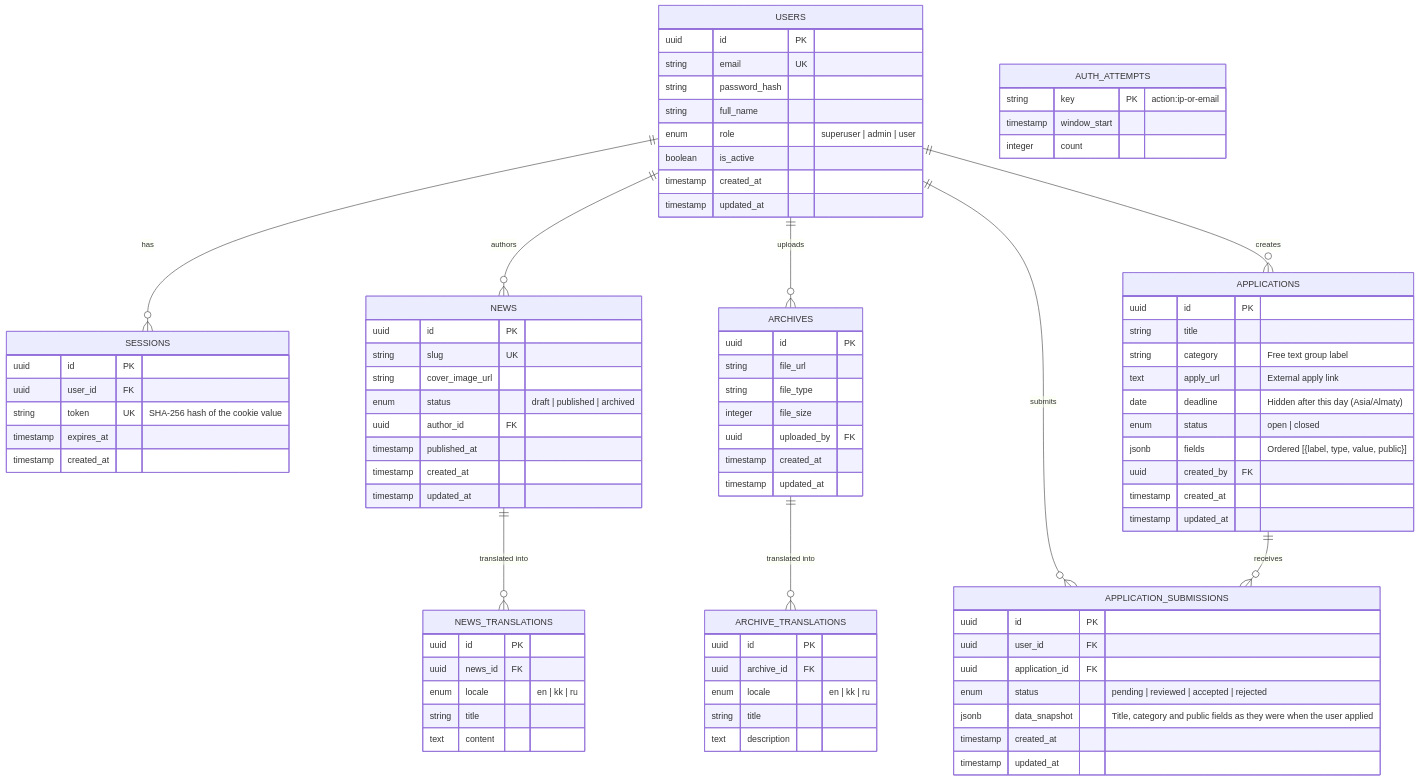
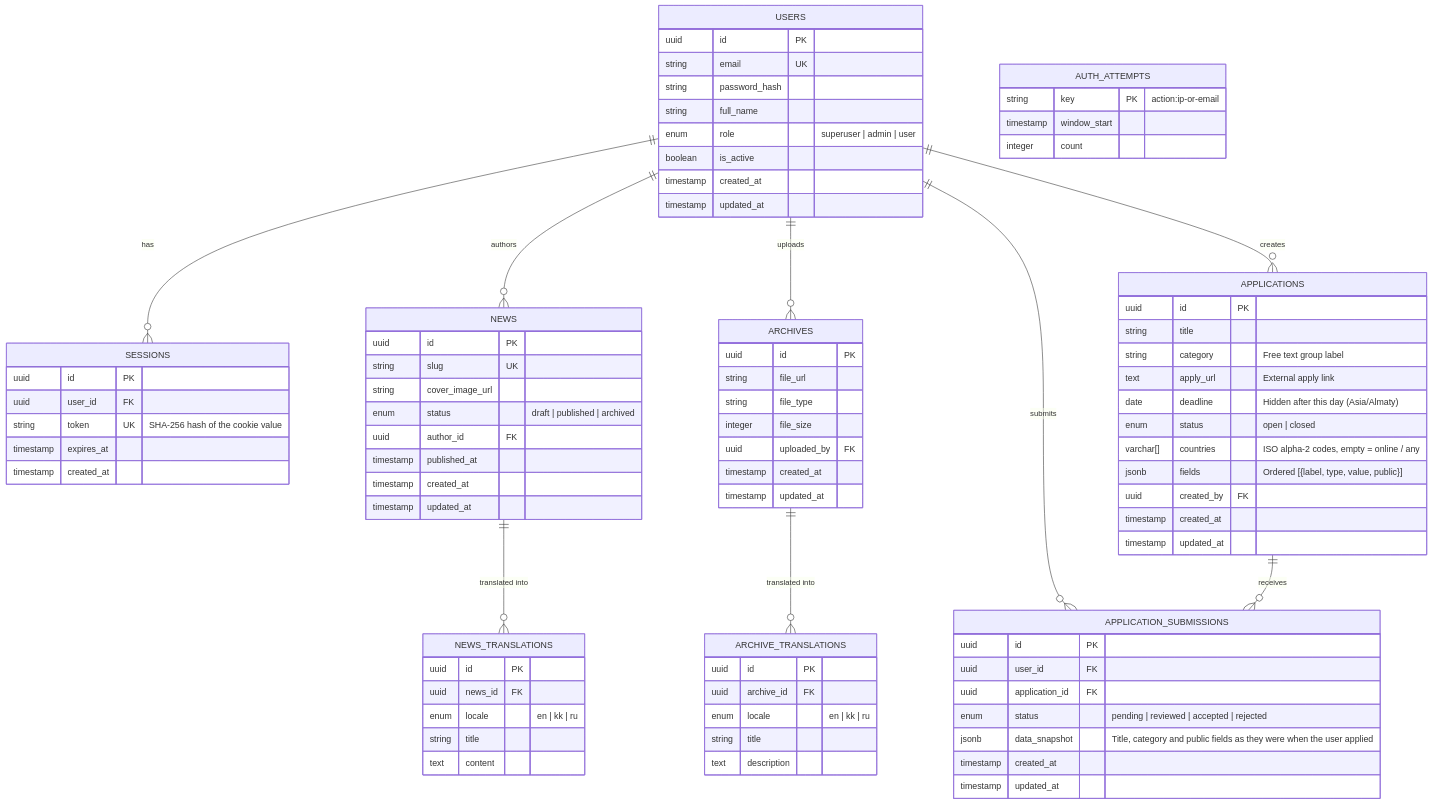
Before and after one commit to nurzhqn0/next-galym: the diagram in docs/ERD.mermaid, drawn with Mermaid. The commit also changed 11 other files, not shown here.

```diff
--- a/docs/ERD.mermaid
+++ b/docs/ERD.mermaid
@@ -1,99 +1,100 @@
 erDiagram
     %% USER & AUTHORIZATION
     USERS {
         uuid id PK
         string email UK
         string password_hash
         string full_name
         enum role "superuser | admin | user"
         boolean is_active
         timestamp created_at
         timestamp updated_at
     }
 
     SESSIONS {
         uuid id PK
         uuid user_id FK
         string token UK "SHA-256 hash of the cookie value"
         timestamp expires_at
         timestamp created_at
     }
 
     AUTH_ATTEMPTS {
         string key PK "action:ip-or-email"
         timestamp window_start
         integer count
     }
 
     %% NEWS MANAGEMENT
     NEWS {
         uuid id PK
         string slug UK
         string cover_image_url
         enum status "draft | published | archived"
         uuid author_id FK
         timestamp published_at
         timestamp created_at
         timestamp updated_at
     }
 
     NEWS_TRANSLATIONS {
         uuid id PK
         uuid news_id FK
         enum locale "en | kk | ru"
         string title
         text content
     }
 
     %% ARCHIVES MANAGEMENT
     ARCHIVES {
         uuid id PK
         string file_url
         string file_type
         integer file_size
         uuid uploaded_by FK
         timestamp created_at
         timestamp updated_at
     }
 
     ARCHIVE_TRANSLATIONS {
         uuid id PK
         uuid archive_id FK
         enum locale "en | kk | ru"
         string title
         text description
     }
 
     %% ADMIN-MANAGED APPLICATIONS
     APPLICATIONS {
         uuid id PK
         string title
         string category "Free text group label"
         text apply_url "External apply link"
         date deadline "Hidden after this day (Asia/Almaty)"
         enum status "open | closed"
+        varchar[] countries "ISO alpha-2 codes, empty = online / any"
         jsonb fields "Ordered [{label, type, value, public}]"
         uuid created_by FK
         timestamp created_at
         timestamp updated_at
     }
 
     APPLICATION_SUBMISSIONS {
         uuid id PK
         uuid user_id FK
         uuid application_id FK
         enum status "pending | reviewed | accepted | rejected"
         jsonb data_snapshot "Title, category and public fields as they were when the user applied"
         timestamp created_at
         timestamp updated_at
     }
 
     %% RELATIONSHIPS
     USERS ||--o{ SESSIONS : "has"
     USERS ||--o{ NEWS : "authors"
     USERS ||--o{ ARCHIVES : "uploads"
     USERS ||--o{ APPLICATIONS : "creates"
     USERS ||--o{ APPLICATION_SUBMISSIONS : "submits"
     NEWS ||--o{ NEWS_TRANSLATIONS : "translated into"
     ARCHIVES ||--o{ ARCHIVE_TRANSLATIONS : "translated into"
     APPLICATIONS ||--o{ APPLICATION_SUBMISSIONS : "receives"
```
